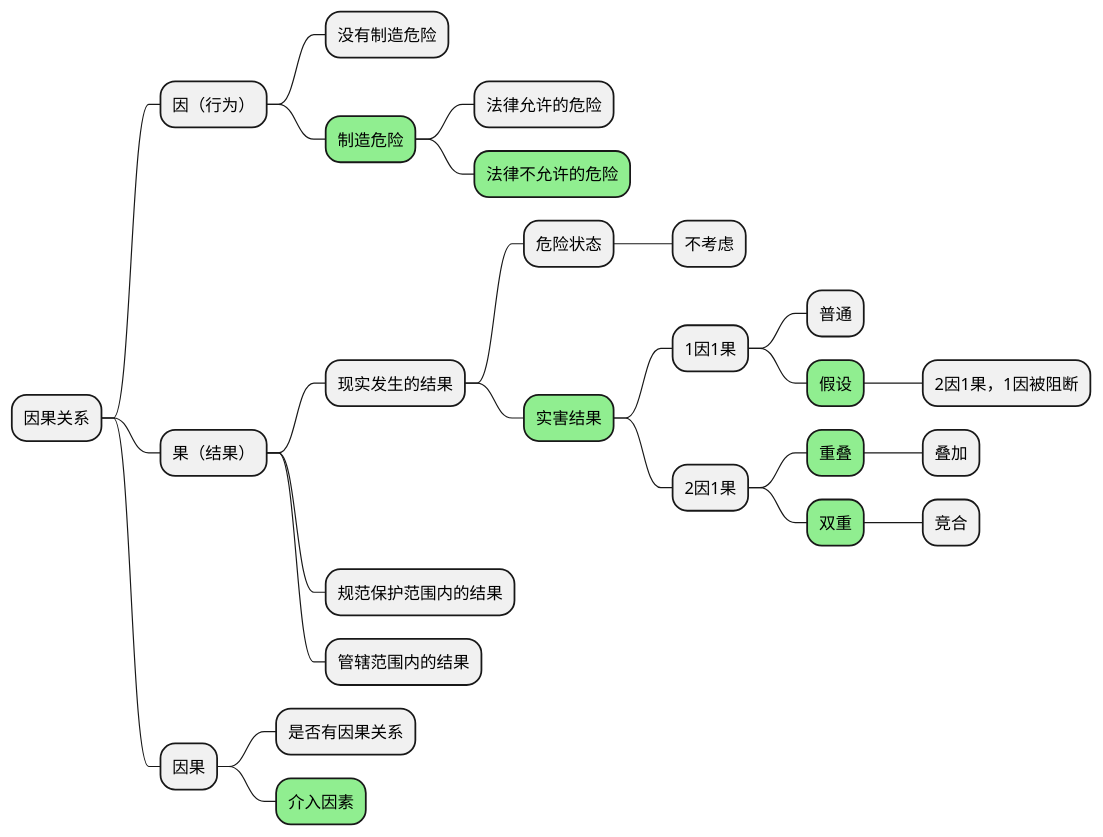
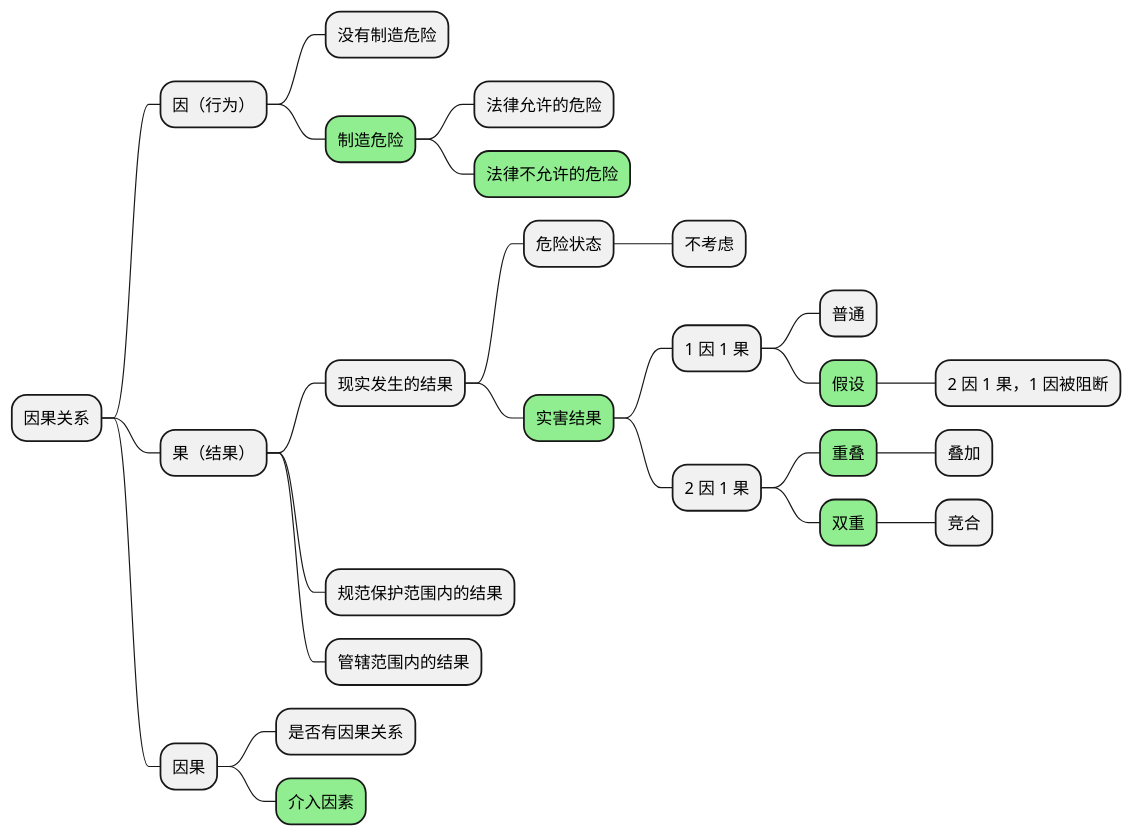
One commit to lsieun/lsieun.github.io changed the fifth of 17 diagrams in _law/criminal/general/刑法-06-犯罪论-客观要件-因果关系.md. Above: the diagram before and after it, drawn with PlantUML. The commit also changed other lines of this file and 169 other files, not shown here.

````diff
--- a/_law/criminal/general/刑法-06-犯罪论-客观要件-因果关系.md
+++ b/_law/criminal/general/刑法-06-犯罪论-客观要件-因果关系.md
@@ -70,31 +71,31 @@
 ```plantuml
 @startmindmap
 
 * 因果关系
     * 因（行为）
         * 没有制造危险
         *[#lightgreen] 制造危险
             * 法律允许的危险
             *[#lightgreen] 法律不允许的危险
     * 果（结果）
         * 现实发生的结果
             * 危险状态
                 * 不考虑
             *[#lightgreen] 实害结果
-                * 1因1果
+                * 1 因 1 果
                     * 普通
                     *[#lightgreen] 假设
-                        * 2因1果，1因被阻断
-                * 2因1果
+                        * 2 因 1 果，1 因被阻断
+                * 2 因 1 果
                     *[#lightgreen] 重叠
                         * 叠加
                     *[#lightgreen] 双重
                         * 竞合
         * 规范保护范围内的结果
         * 管辖范围内的结果
     * 因果
         * 是否有因果关系
         *[#lightgreen] 介入因素
 
 @endmindmap
 ```
````
